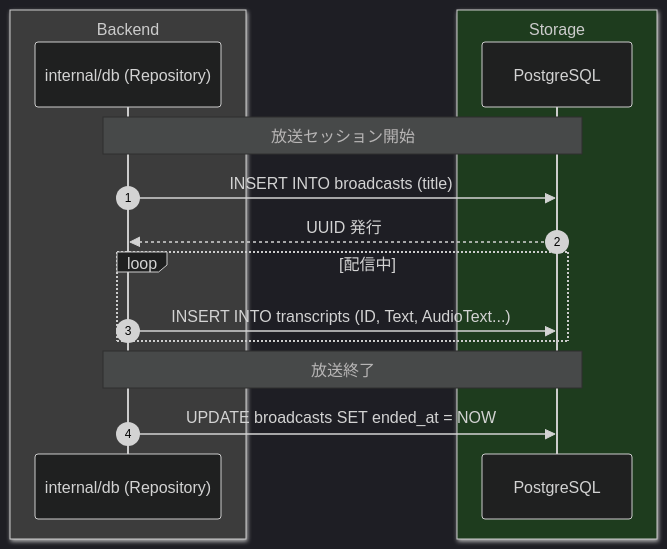
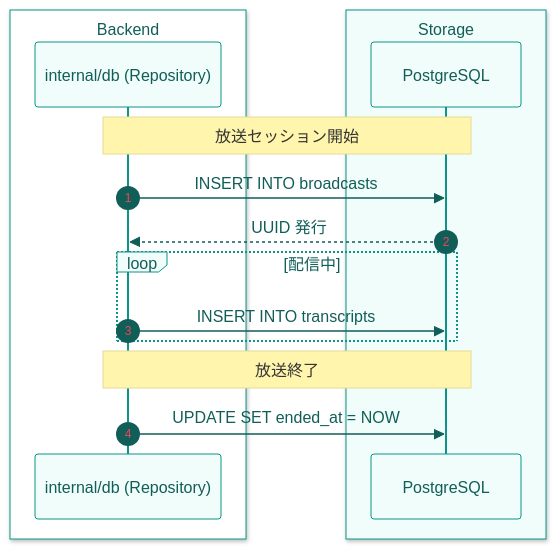
Before and after one commit to yuma25/AI-Radio-Room: the fourth of 4 diagrams in docs/system_flow.md, drawn with Mermaid. The commit also changed other lines of this file and 1 other file, not shown here.

Commit message:
docs: improve visual styling and update content for frontend reference and system flow

````diff
--- a/docs/system_flow.md
+++ b/docs/system_flow.md
@@ -127,24 +135,24 @@
 ```mermaid
-%%{init: {'theme': 'dark', 'themeVariables': { 'primaryColor': '#333', 'primaryTextColor': '#fff', 'primaryBorderColor': '#777', 'lineColor': '#aaa', 'secondaryColor': '#444', 'tertiaryColor': '#222'}}}%%
+%%{init: {'theme': 'base', 'themeVariables': { 'primaryColor': '#f0fdfa', 'primaryTextColor': '#115e59', 'primaryBorderColor': '#0d9488', 'lineColor': '#14b8a6'}}}%%
 sequenceDiagram
     autonumber
 
-    box rgb(60, 60, 60) Backend
+    box rgb(255, 255, 255) Backend
         participant Repo as internal/db (Repository)
     end
 
-    box rgb(30, 60, 30) Storage
+    box rgb(240, 253, 250) Storage
         participant DB as PostgreSQL
     end
 
     Note over Repo, DB: 放送セッション開始
-    Repo->>DB: INSERT INTO broadcasts (title)
+    Repo->>DB: INSERT INTO broadcasts
     DB-->>Repo: UUID 発行
 
     loop 配信中
-        Repo->>DB: INSERT INTO transcripts (ID, Text, AudioText...)
+        Repo->>DB: INSERT INTO transcripts
     end
 
     Note over Repo, DB: 放送終了
-    Repo->>DB: UPDATE broadcasts SET ended_at = NOW
+    Repo->>DB: UPDATE SET ended_at = NOW
 ```
````
